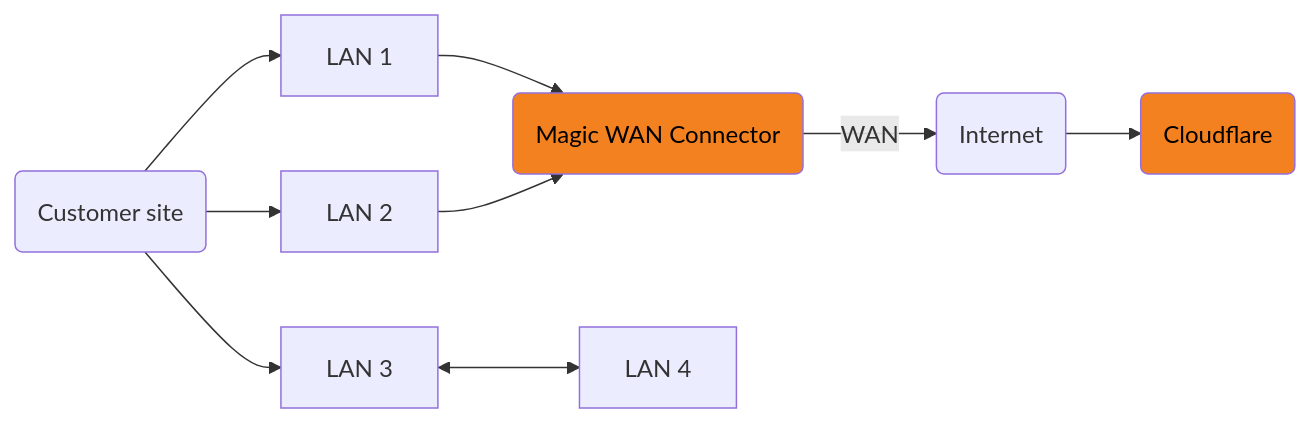
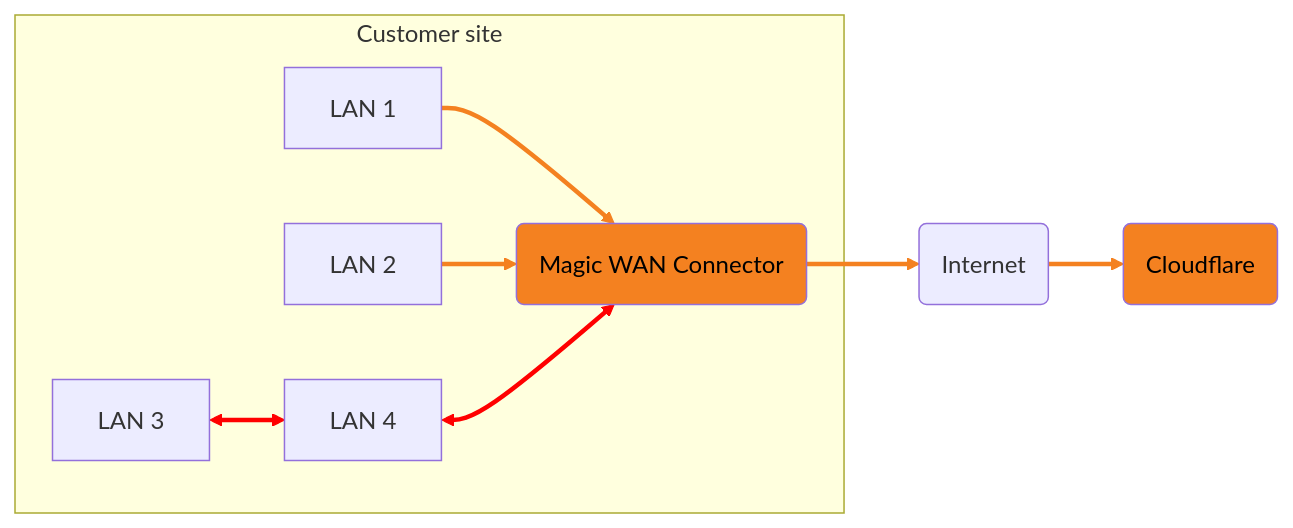
One commit to cloudflare/cloudflare-docs changed the diagram in content/magic-wan/configuration/connector/network-options/network-segmentation.md. Above: the diagram before and after it, drawn with Mermaid. The commit also changed other lines of this file and 1 other file, not shown here.

Commit message:
refined graph

````diff
--- a/content/magic-wan/configuration/connector/network-options/network-segmentation.md
+++ b/content/magic-wan/configuration/connector/network-options/network-segmentation.md
@@ -10,11 +10,16 @@
 ```mermaid
 flowchart LR
 accTitle: In this example, there are LANs where traffic flows between each other, instead of going to Cloudflare first.
-    a(Magic WAN Connector)-->|WAN|b(Internet) --> c(Cloudflare)
+    a(Magic WAN Connector)--> b(Internet) --> c(Cloudflare)
+
+    subgraph Customer site
     d[LAN 1] --> a
     e[LAN 2] --> a
-    g[LAN 3] <--> h[LAN 4]
-    f(Customer site) --> d & e & g
+    g[LAN 3] <--> h[LAN 4] <-->a
+    end
     classDef orange fill:#f48120,color: black
     class a,c orange
+
+    linkStyle 0,1,2,3 stroke:#f48120,stroke-width:3px
+    linkStyle 4,5 stroke:red,stroke-width:3px
 ```
````
